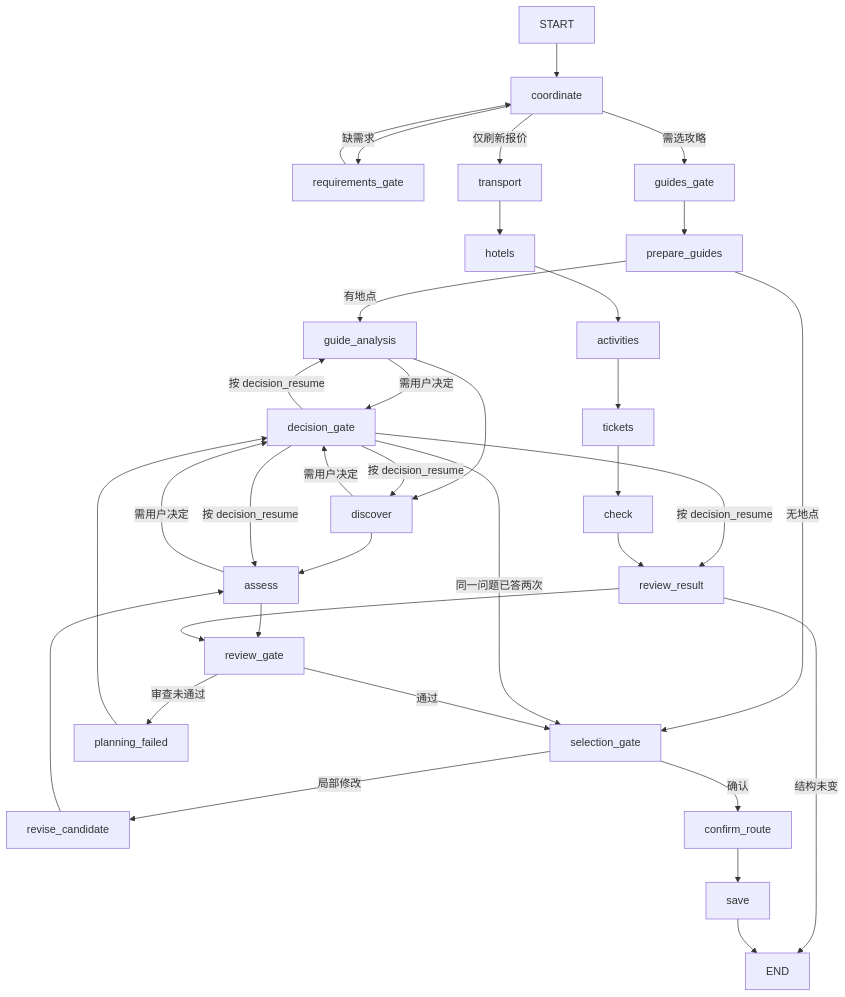
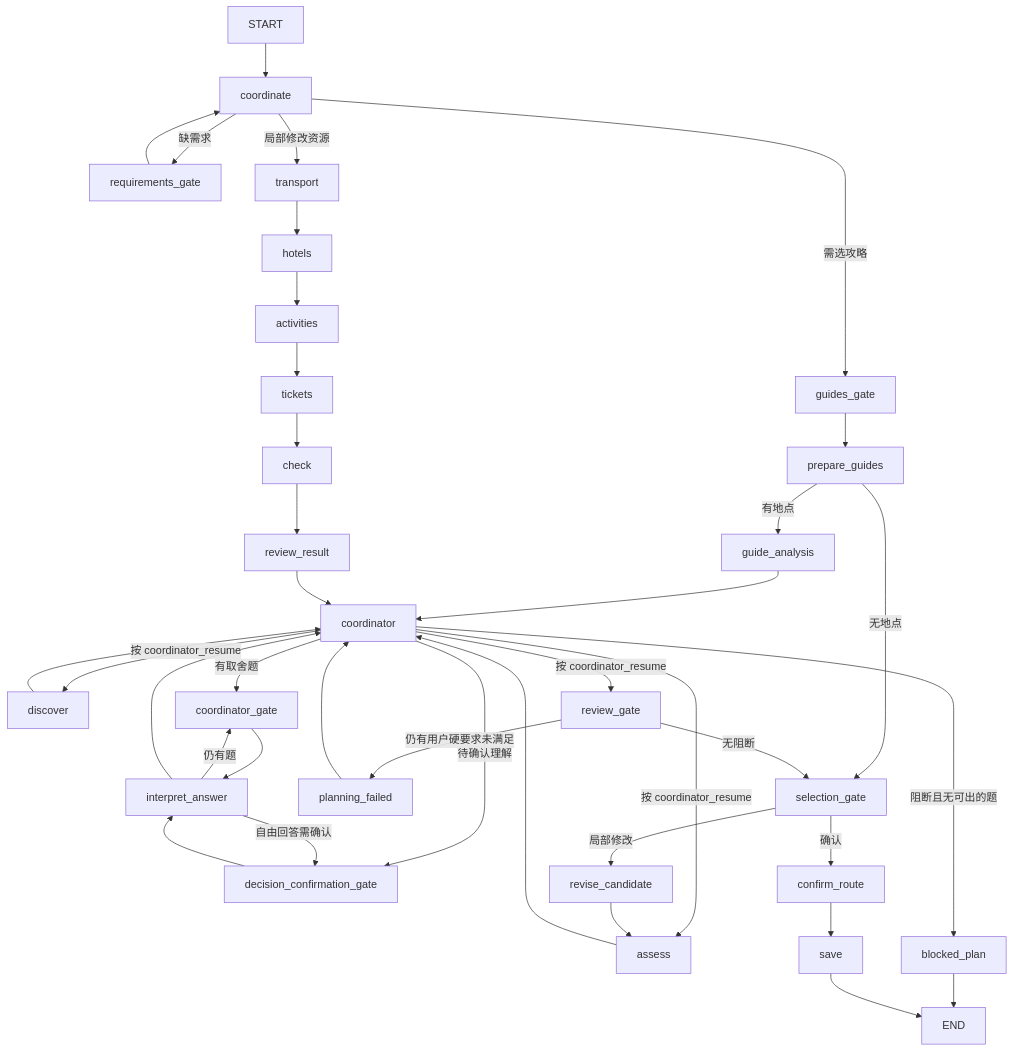
Before and after one commit to Lykon661/xunji-travel-agent: the diagram in docs/ARCHITECTURE.md, drawn with Mermaid. The commit also changed other lines of this file and 53 other files, not shown here.

````diff
--- a/docs/ARCHITECTURE.md
+++ b/docs/ARCHITECTURE.md
@@ -48,30 +52,34 @@
 ```mermaid
 flowchart TD
     START --> coordinate
     coordinate -->|缺需求| requirements_gate
     coordinate -->|需选攻略| guides_gate
-    coordinate -->|仅刷新报价| transport
+    coordinate -->|局部修改资源| transport
     requirements_gate --> coordinate
     guides_gate --> prepare_guides
     prepare_guides -->|有地点| guide_analysis
     prepare_guides -->|无地点| selection_gate
-    guide_analysis -->|需用户决定| decision_gate
-    guide_analysis --> discover
-    discover -->|需用户决定| decision_gate
-    discover --> assess
-    assess -->|需用户决定| decision_gate
-    assess --> review_gate
-    decision_gate -->|按 decision_resume| guide_analysis & discover & assess & review_result
-    decision_gate -->|同一问题已答两次| selection_gate
-    review_gate -->|审查未通过| planning_failed
-    review_gate -->|通过| selection_gate
-    planning_failed --> decision_gate
+    guide_analysis --> coordinator
+    discover --> coordinator
+    assess --> coordinator
+    review_result --> coordinator
+    planning_failed --> coordinator
+    coordinator -->|有取舍题| coordinator_gate
+    coordinator -->|待确认理解| decision_confirmation_gate
+    coordinator -->|按 coordinator_resume| discover & assess & review_gate
+    coordinator -->|阻断且无可出的题| blocked_plan
+    coordinator_gate --> interpret_answer
+    decision_confirmation_gate --> interpret_answer
+    interpret_answer -->|自由回答需确认| decision_confirmation_gate
+    interpret_answer -->|仍有题| coordinator_gate
+    interpret_answer --> coordinator
+    review_gate -->|仍有用户硬要求未满足| planning_failed
+    review_gate -->|无阻断| selection_gate
     selection_gate -->|局部修改| revise_candidate
     selection_gate -->|确认| confirm_route
     revise_candidate --> assess
     confirm_route --> save
     transport --> hotels --> activities --> tickets --> check --> review_result
-    review_result -->|结构未变| END
-    review_result --> review_gate
+    blocked_plan --> END
     save --> END
 ```
````
